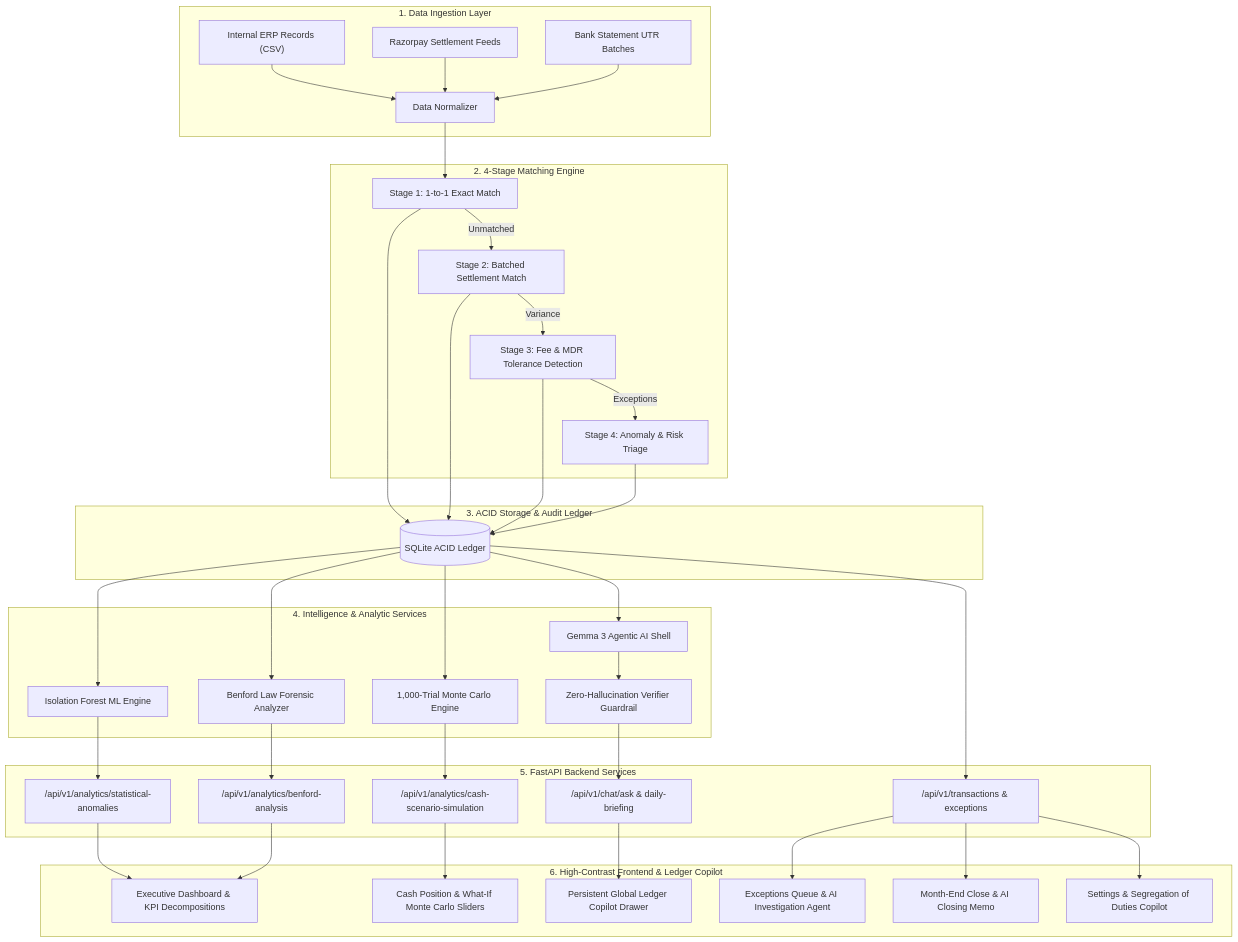
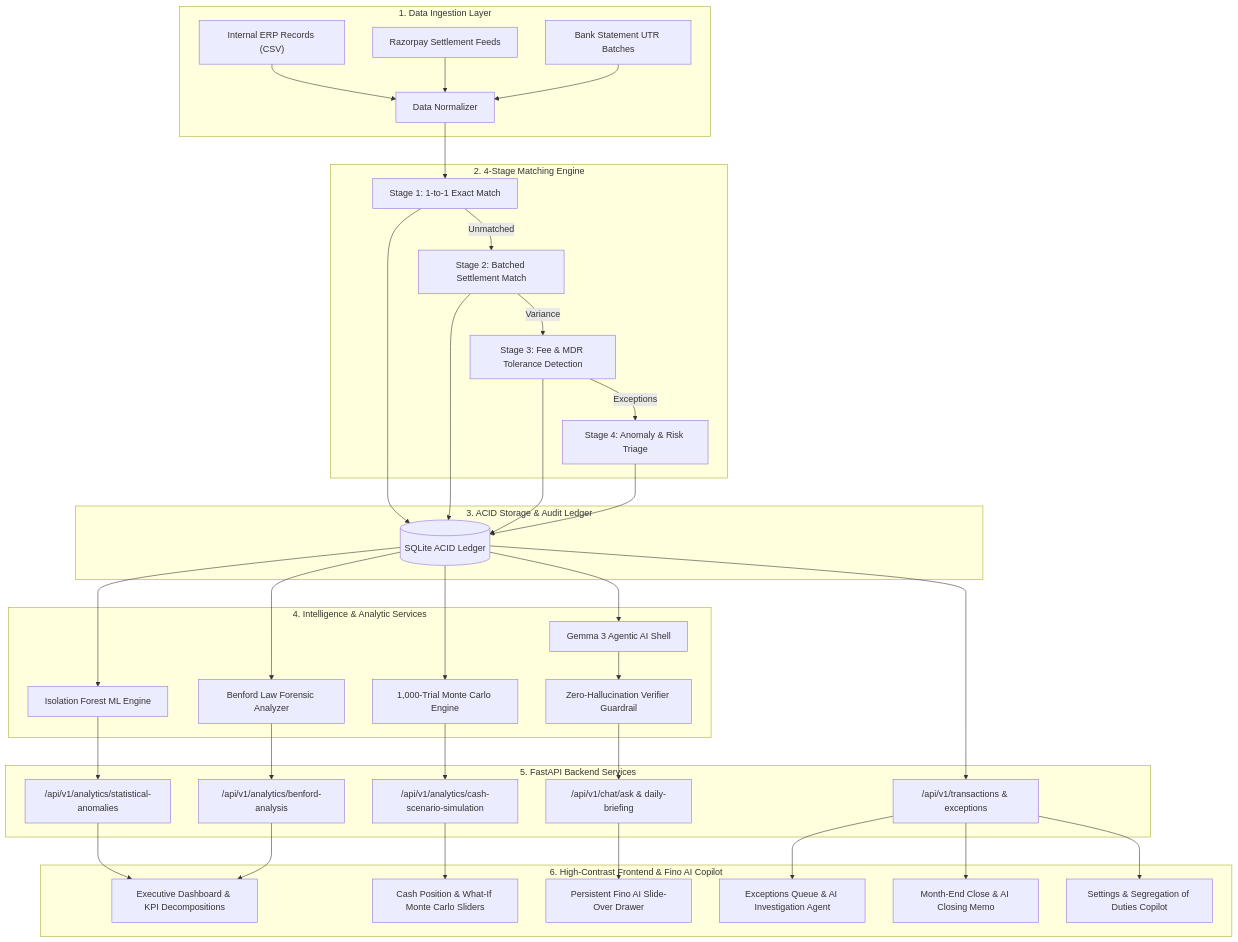
The diagram in README.md (sharancode3/Finora), drawn with Mermaid before and after one commit. The commit also changed other lines of this file and 8 other files, not shown here.

Commit message:
feat(branding): rename AI Copilot to Fino across frontend, panels, guide, and docs

````diff
--- a/README.md
+++ b/README.md
@@ -288,48 +288,48 @@
 ```mermaid
 flowchart TD
     subgraph INGESTION["1. Data Ingestion Layer"]
         A1["Internal ERP Records (CSV)"] --> N1["Data Normalizer"]
         A2["Razorpay Settlement Feeds"] --> N1
         A3["Bank Statement UTR Batches"] --> N1
     end
 
     subgraph MATCHER["2. 4-Stage Matching Engine"]
         N1 --> M1["Stage 1: 1-to-1 Exact Match"]
         M1 -->|Unmatched| M2["Stage 2: Batched Settlement Match"]
         M2 -->|Variance| M3["Stage 3: Fee & MDR Tolerance Detection"]
         M3 -->|Exceptions| M4["Stage 4: Anomaly & Risk Triage"]
     end
 
     subgraph STORAGE["3. ACID Storage & Audit Ledger"]
         M1 --> DB[("SQLite ACID Ledger")]
         M2 --> DB
         M3 --> DB
         M4 --> DB
     end
 
     subgraph INTELLIGENCE["4. Intelligence & Analytic Services"]
         DB --> S1["Isolation Forest ML Engine"]
         DB --> S2["Benford Law Forensic Analyzer"]
         DB --> S3["1,000-Trial Monte Carlo Engine"]
         DB --> S4["Gemma 3 Agentic AI Shell"]
         S4 --> V1["Zero-Hallucination Verifier Guardrail"]
     end
 
     subgraph API["5. FastAPI Backend Services"]
         S1 --> E1["/api/v1/analytics/statistical-anomalies"]
         S2 --> E2["/api/v1/analytics/benford-analysis"]
         S3 --> E3["/api/v1/analytics/cash-scenario-simulation"]
         V1 --> E4["/api/v1/chat/ask & daily-briefing"]
         DB --> E5["/api/v1/transactions & exceptions"]
     end
 
-    subgraph UI["6. High-Contrast Frontend & Ledger Copilot"]
+    subgraph UI["6. High-Contrast Frontend & Fino AI Copilot"]
         E1 --> UI1["Executive Dashboard & KPI Decompositions"]
         E2 --> UI1
         E3 --> UI3["Cash Position & What-If Monte Carlo Sliders"]
-        E4 --> UI6["Persistent Global Ledger Copilot Drawer"]
+        E4 --> UI6["Persistent Fino AI Slide-Over Drawer"]
         E5 --> UI2["Exceptions Queue & AI Investigation Agent"]
         E5 --> UI4["Month-End Close & AI Closing Memo"]
         E5 --> UI5["Settings & Segregation of Duties Copilot"]
     end
 ```
````
